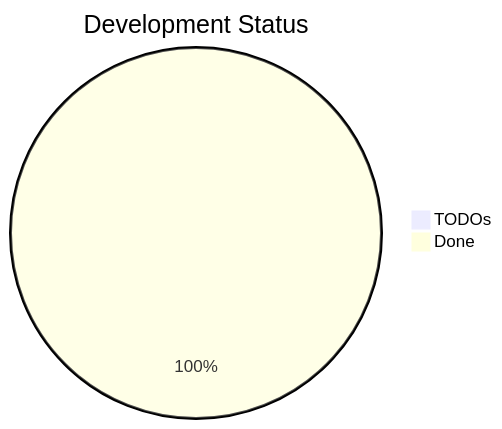
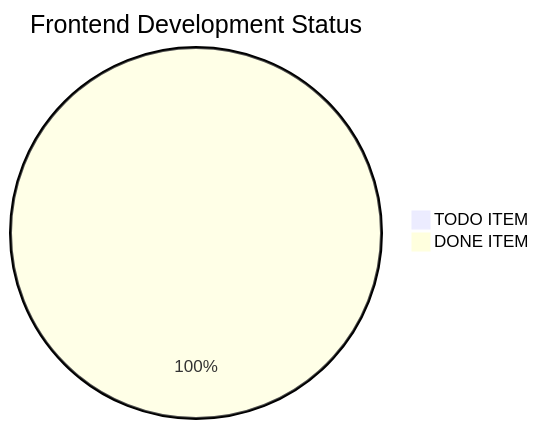
The first of 2 diagrams in README.md (caiyongji/quit_smoking_app), drawn with Mermaid before and after one commit. The commit also changed other lines of this file, not shown here.

Commit message:
update chart display

````diff
--- a/README.md
+++ b/README.md
@@ -28,5 +28,5 @@
 ```mermaid
-pie title Development Status
-    "TODOs": 0
-    "Done": 100
+pie title Frontend Development Status
+    "TODO ITEM": 0
+    "DONE ITEM": 100
 ```
````
